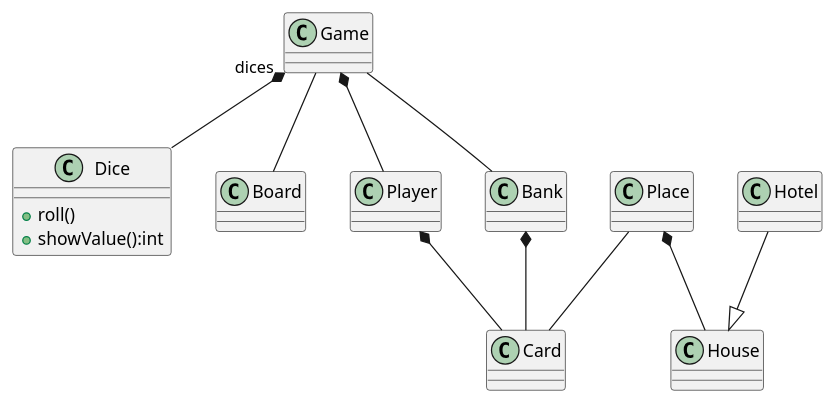
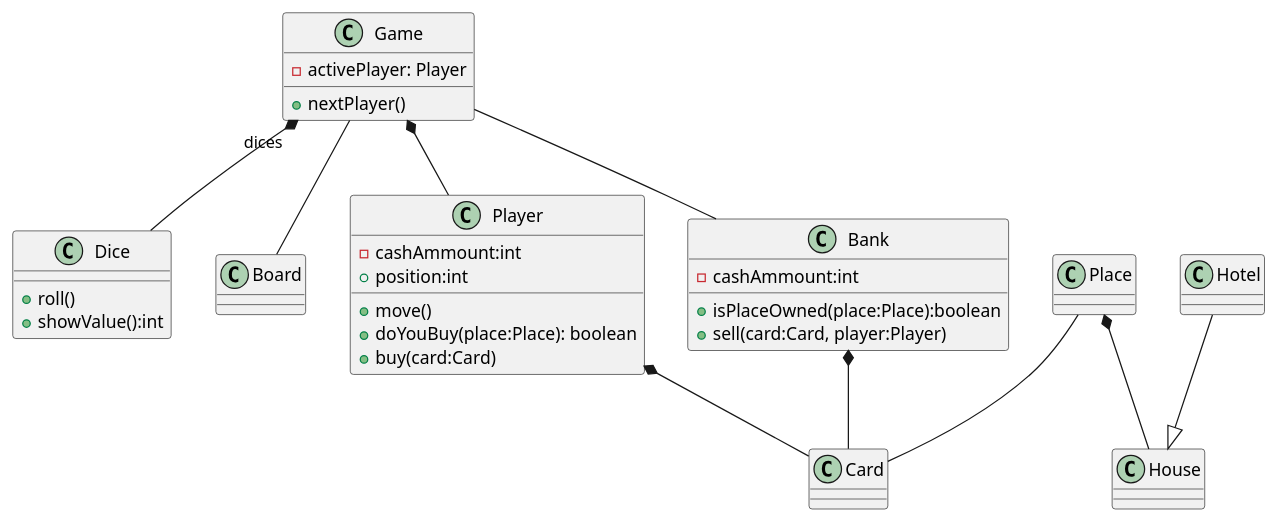
Before and after one commit to kpodlaski/ProjObj2019: the diagram in dzienne/gr2/monopoly/class_diagram.plantuml, drawn with PlantUML.

Commit message:
class diagram updated

```diff
--- a/dzienne/gr2/monopoly/class_diagram.plantuml
+++ b/dzienne/gr2/monopoly/class_diagram.plantuml
@@ -1,29 +1,54 @@
 @startuml
 
 Game "dices" *-- Dice
 Game -- Board
 Player *-- Card
 Bank *-- Card
 Place -- Card
 Game -- Bank
 Game *-- Player
 Hotel --|> House
 Place *-- House
 ' Komentarz
 /'
 Komentarz
 '/
 class Dice{
     +roll()
     +showValue():int
 }
-class Game
+'Controller of the game process'
+class Game{
+    -activePlayer: Player
+    +nextPlayer()
+}
 class Board
-class Bank
+class Bank{
+    -cashAmmount:int
+    +isPlaceOwned(place:Place):boolean
+    /' 
+        sell - operations:
+        increase ammount, 
+        remove card from bank,
+        invoke buy on player
+    '/
+    +sell(card:Card, player:Player)
+}
 class Place
-class Player
+class Player{
+    -cashAmmount:int
+    +position:int 
+    +move()
+    +doYouBuy(place:Place): boolean
+    /' 
+        buy - operations:
+        decrease ammount, 
+        add card
+    '/
+    +buy(card:Card)
+}
 class Card
 class House
 class Hotel
 
 @enduml
```
